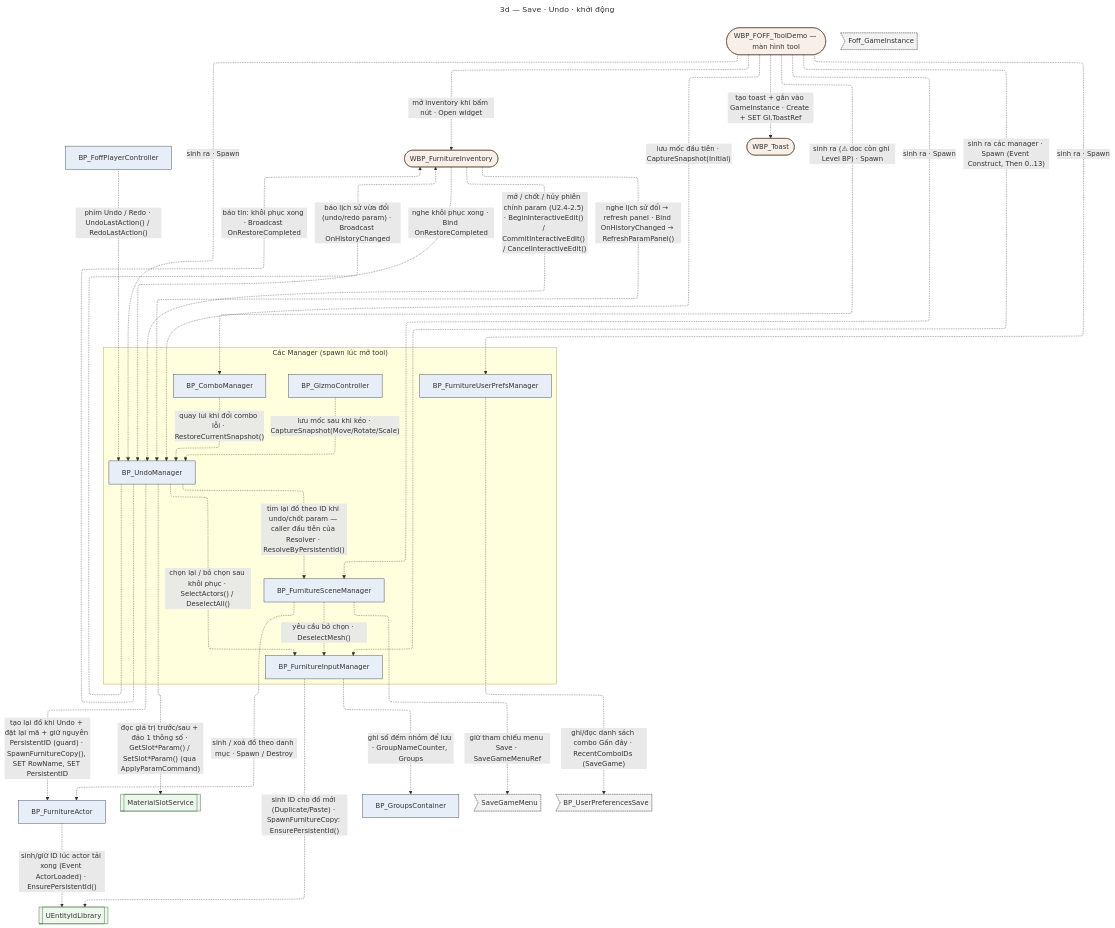
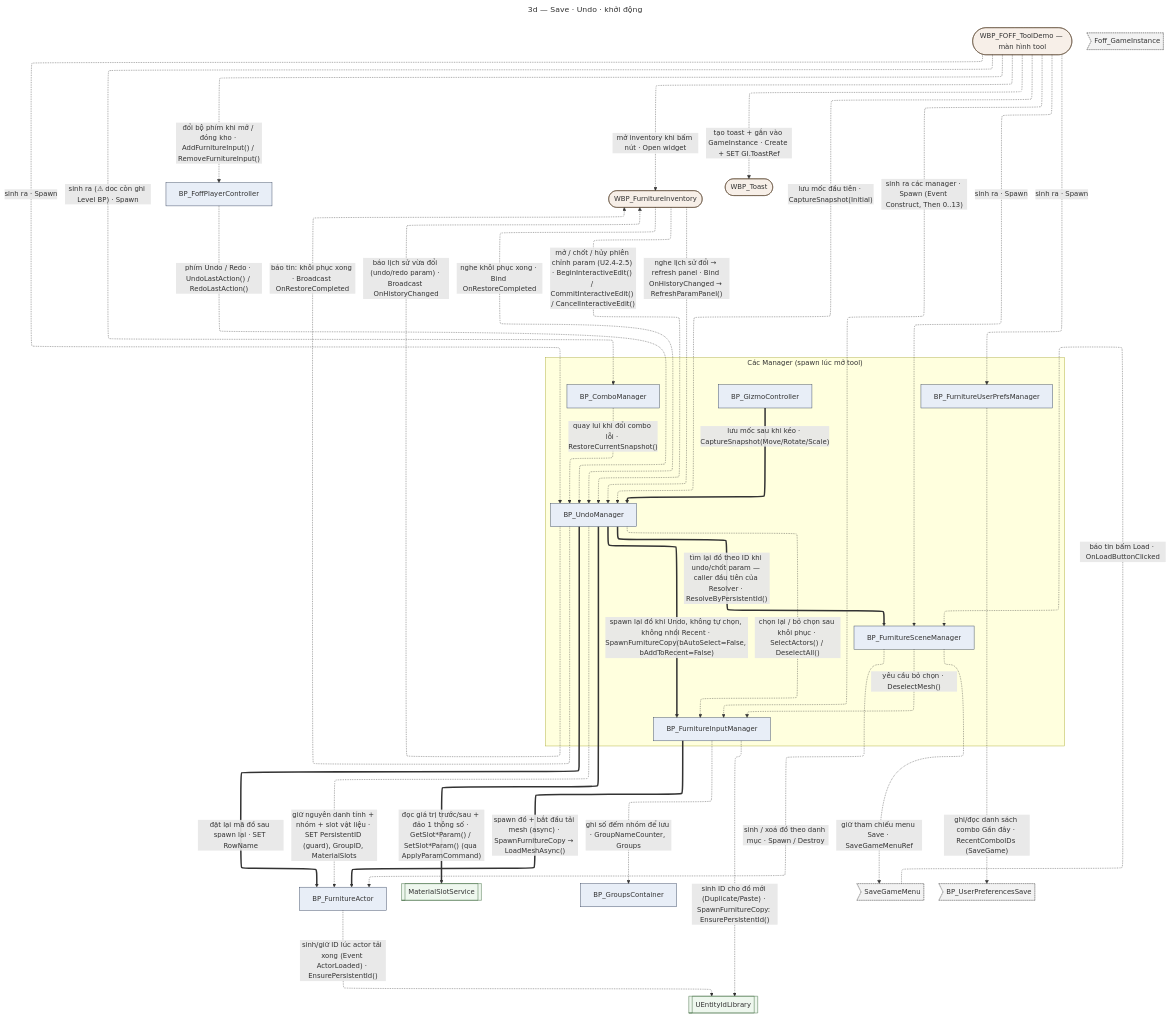
One commit to olivercu04/UE5_InteriorTool_Docs changed the fifth of 26 diagrams in docs/00_Core/Architecture_Map.md. Above: the diagram before and after it, drawn with Mermaid. The commit also changed other lines of this file and 125 other files, not shown here.

````diff
--- a/docs/00_Core/Architecture_Map.md
+++ b/docs/00_Core/Architecture_Map.md
@@ -600,65 +632,70 @@
 ```mermaid
 ---
 title: "3d — Save · Undo · khởi động"
 config:
   flowchart:
     defaultRenderer: elk
 ---
 flowchart TB
   TOOLDEMO(["WBP_FOFF_ToolDemo — màn hình tool"])
   subgraph MGRS["Các Manager (spawn lúc mở tool)"]
     IM["BP_FurnitureInputManager"]
     UNDO["BP_UndoManager"]
     COMBO["BP_ComboManager"]
     SCENE["BP_FurnitureSceneManager"]
     PREFS["BP_FurnitureUserPrefsManager"]
     GIZMO["BP_GizmoController"]
   end
   FA["BP_FurnitureActor"]
   EIL[["UEntityIdLibrary"]]
   MSS[["MaterialSlotService"]]
   GROUPS["BP_GroupsContainer"]
   PC["BP_FoffPlayerController"]
   INV(["WBP_FurnitureInventory"])
   TOAST(["WBP_Toast"])
   GI>"Foff_GameInstance"]
   SGMENU>"SaveGameMenu"]
   UPS>"BP_UserPreferencesSave"]
 
   TOOLDEMO -.->|"sinh ra các manager · Spawn (Event Construct, Then 0..13)"| IM
   TOOLDEMO -.->|"sinh ra · Spawn"| UNDO
   TOOLDEMO -.->|"sinh ra (⚠ doc còn ghi Level BP) · Spawn"| COMBO
   TOOLDEMO -.->|"sinh ra · Spawn"| SCENE
   TOOLDEMO -.->|"sinh ra · Spawn"| PREFS
   TOOLDEMO -.->|"tạo toast + gắn vào GameInstance · Create + SET GI.ToastRef"| TOAST
   TOOLDEMO -.->|"lưu mốc đầu tiên · CaptureSnapshot(Initial)"| UNDO
   TOOLDEMO -.->|"mở inventory khi bấm nút · Open widget"| INV
-  UNDO -.->|"tạo lại đồ khi Undo + đặt lại mã + giữ nguyên PersistentID (guard) · SpawnFurnitureCopy(), SET RowName, SET PersistentID"| FA
+  UNDO ==>|"spawn lại đồ khi Undo, không tự chọn, không nhồi Recent · SpawnFurnitureCopy(bAutoSelect=False, bAddToRecent=False)"| IM
+  IM ==>|"spawn đồ + bắt đầu tải mesh (async) · SpawnFurnitureCopy → LoadMeshAsync()"| FA
+  UNDO ==>|"đặt lại mã đồ sau spawn lại · SET RowName"| FA
+  UNDO -.->|"giữ nguyên danh tính + nhóm + slot vật liệu · SET PersistentID (guard), GroupID, MaterialSlots"| FA
   UNDO -.->|"chọn lại / bỏ chọn sau khôi phục · SelectActors() / DeselectAll()"| IM
   FA -.->|"sinh/giữ ID lúc actor tải xong (Event ActorLoaded) · EnsurePersistentId()"| EIL
   IM -.->|"sinh ID cho đồ mới (Duplicate/Paste) · SpawnFurnitureCopy: EnsurePersistentId()"| EIL
   UNDO -.->|"báo tin: khôi phục xong · Broadcast OnRestoreCompleted"| INV
   COMBO -.->|"quay lui khi đổi combo lỗi · RestoreCurrentSnapshot()"| UNDO
-  GIZMO -.->|"lưu mốc sau khi kéo · CaptureSnapshot(Move/Rotate/Scale)"| UNDO
+  GIZMO ==>|"lưu mốc sau khi kéo · CaptureSnapshot(Move/Rotate/Scale)"| UNDO
   PC -.->|"phím Undo / Redo · UndoLastAction() / RedoLastAction()"| UNDO
   INV -.->|"nghe khôi phục xong · Bind OnRestoreCompleted"| UNDO
   SCENE -.->|"sinh / xoá đồ theo danh mục · Spawn / Destroy"| FA
   SCENE -.->|"giữ tham chiếu menu Save · SaveGameMenuRef"| SGMENU
   SCENE -.->|"yêu cầu bỏ chọn · DeselectMesh()"| IM
   PREFS -.->|"ghi/đọc danh sách combo Gần đây · RecentComboIDs (SaveGame)"| UPS
   IM -.->|"ghi số đếm nhóm để lưu · GroupNameCounter, Groups"| GROUPS
   INV -.->|"mở / chốt / hủy phiên chỉnh param (U2.4-2.5) · BeginInteractiveEdit() / CommitInteractiveEdit() / CancelInteractiveEdit()"| UNDO
-  UNDO -.->|"tìm lại đồ theo ID khi undo/chốt param — caller đầu tiên của Resolver · ResolveByPersistentId()"| SCENE
-  UNDO -.->|"đọc giá trị trước/sau + đảo 1 thông số · GetSlot*Param() / SetSlot*Param() (qua ApplyParamCommand)"| MSS
+  UNDO ==>|"tìm lại đồ theo ID khi undo/chốt param — caller đầu tiên của Resolver · ResolveByPersistentId()"| SCENE
+  UNDO ==>|"đọc giá trị trước/sau + đảo 1 thông số · GetSlot*Param() / SetSlot*Param() (qua ApplyParamCommand)"| MSS
   UNDO -.->|"báo lịch sử vừa đổi (undo/redo param) · Broadcast OnHistoryChanged"| INV
   INV -.->|"nghe lịch sử đổi → refresh panel · Bind OnHistoryChanged → RefreshParamPanel()"| UNDO
+  TOOLDEMO -.->|"đổi bộ phím khi mở / đóng kho · AddFurnitureInput() / RemoveFurnitureInput()"| PC
+  SGMENU -.->|"báo tin bấm Load · OnLoadButtonClicked"| SCENE
 
   classDef bp fill:#e8eef7,stroke:#33415c;
   classDef wbp fill:#f7efe8,stroke:#5c4633;
   classDef ext fill:#f2f2f2,stroke:#888,stroke-dasharray:3 2;
   classDef svc fill:#eef7ee,stroke:#356335;
   class IM,UNDO,COMBO,SCENE,PREFS,GIZMO,FA,GROUPS,PC bp;
   class TOOLDEMO,INV,TOAST wbp;
   class EIL,MSS svc;
   class GI,SGMENU,UPS ext;
 ```
````
